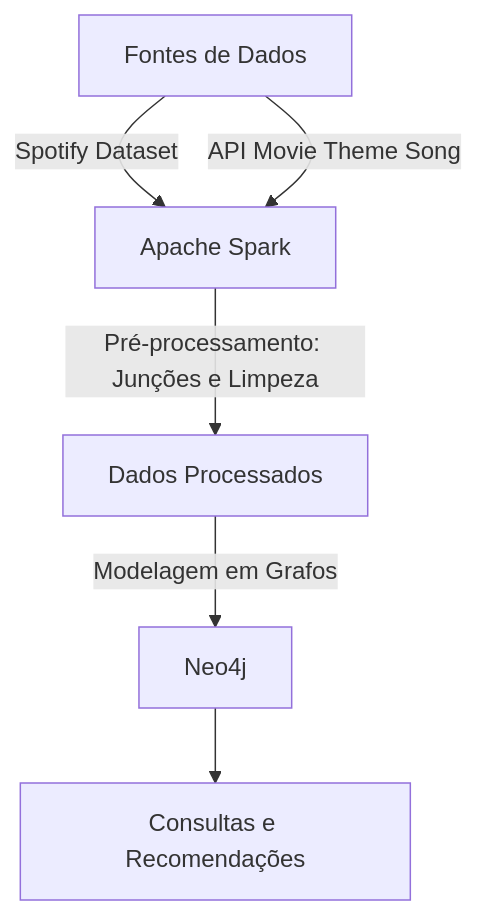
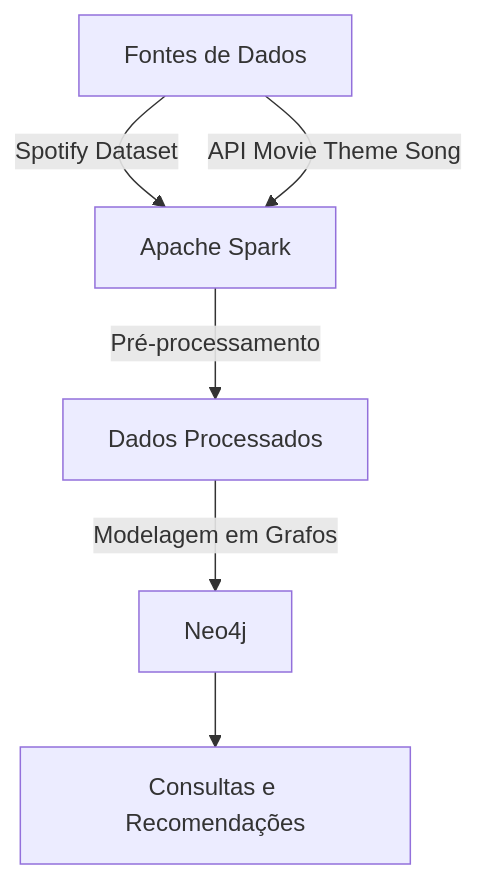
One commit to BeatrizPat/UFSCar-CC-So-PMD2025-Grupo05 changed the diagram in README.md. Above: the diagram before and after it, drawn with Mermaid.

````diff
--- a/README.md
+++ b/README.md
@@ -35,8 +35,8 @@
 ```mermaid
 graph TD
     A[Fontes de Dados] -->|Spotify Dataset| B[Apache Spark]
     A -->|API Movie Theme Song| B
-    B -->|Pré-processamento: Junções e Limpeza| C[Dados Processados]
+    B -->|Pré-processamento| C[Dados Processados]
     C -->|Modelagem em Grafos| D[Neo4j]
     D --> E[Consultas e Recomendações]
 ```
````
